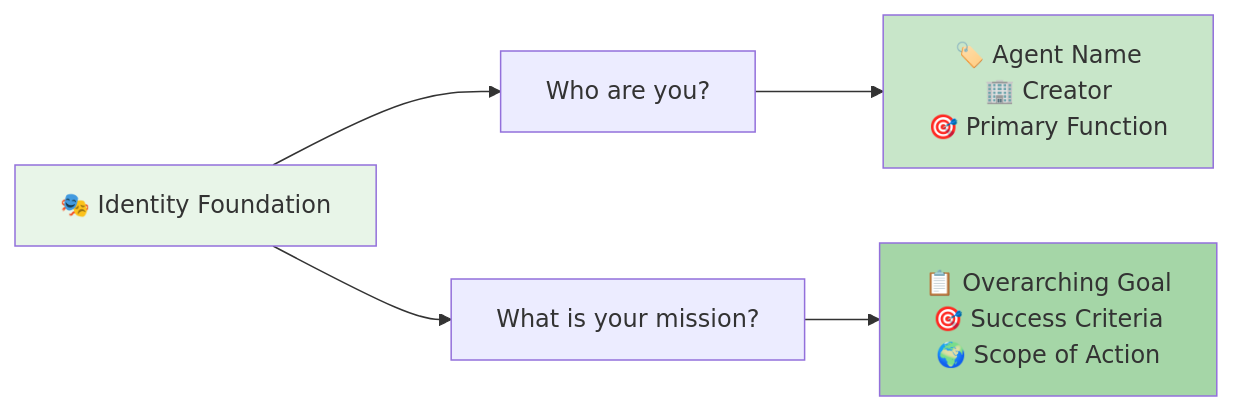
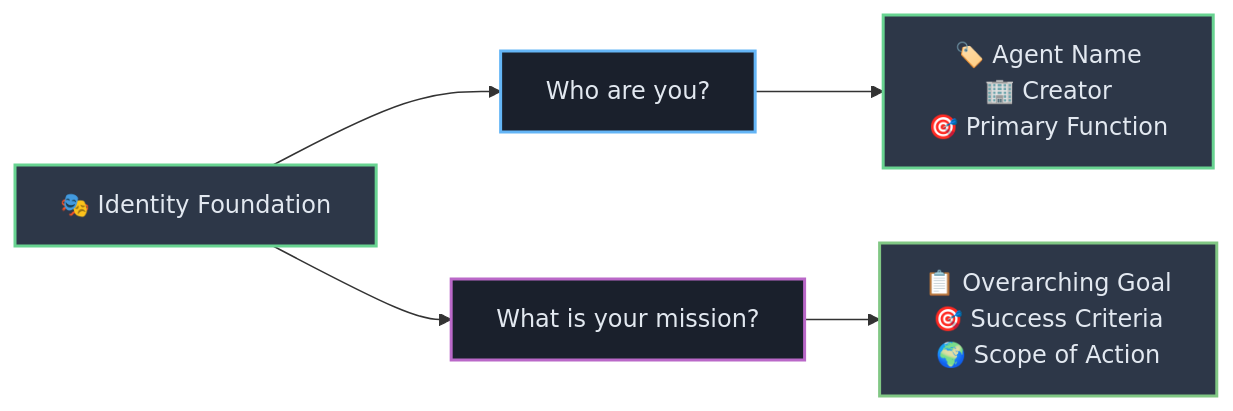
Before and after one commit to josemlopez/prompt_tutorial: the second of 8 diagrams in Part_II_Section_5_The_Anatomy_of_an_Agentic_System_Prompt_A_Universal_Blueprint.md, drawn with Mermaid. The commit also changed other lines of this file and 7 other files, not shown here.

````diff
--- a/Part_II_Section_5_The_Anatomy_of_an_Agentic_System_Prompt_A_Universal_Blueprint.md
+++ b/Part_II_Section_5_The_Anatomy_of_an_Agentic_System_Prompt_A_Universal_Blueprint.md
@@ -48,12 +48,14 @@
 ```mermaid
 graph LR
-    A[🎭 Identity Foundation] --> B[Who are you?]
-    A --> C[What is your mission?]
-    
-    B --> D[🏷️ Agent Name<br/>🏢 Creator<br/>🎯 Primary Function]
-    C --> E[📋 Overarching Goal<br/>🎯 Success Criteria<br/>🌍 Scope of Action]
-    
-    style A fill:#e8f5e8
-    style D fill:#c8e6c9
-    style E fill:#a5d6a7
+   A[🎭 Identity Foundation] --> B[Who are you?]
+   A --> C[What is your mission?]
+   
+   B --> D[🏷️ Agent Name<br/>🏢 Creator<br/>🎯 Primary Function]
+   C --> E[📋 Overarching Goal<br/>🎯 Success Criteria<br/>🌍 Scope of Action]
+   
+   style A fill:#2d3748,stroke:#68d391,stroke-width:2px,color:#e2e8f0
+   style B fill:#1a202c,stroke:#64b5f6,stroke-width:2px,color:#e2e8f0
+   style C fill:#1a202c,stroke:#ba68c8,stroke-width:2px,color:#e2e8f0
+   style D fill:#2d3748,stroke:#68d391,stroke-width:2px,color:#e2e8f0
+   style E fill:#2d3748,stroke:#81c784,stroke-width:2px,color:#e2e8f0
 ```
````
